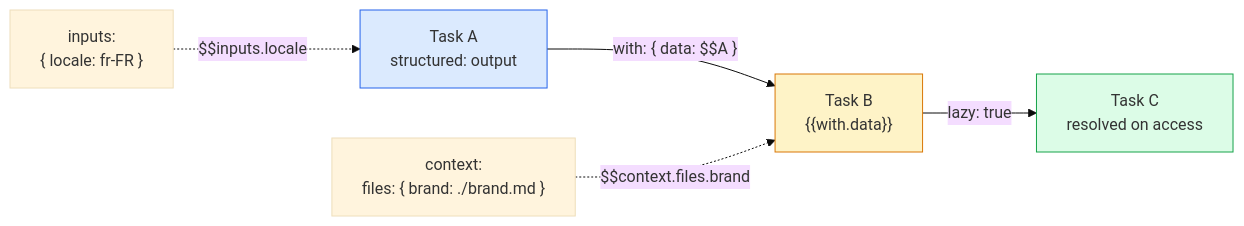
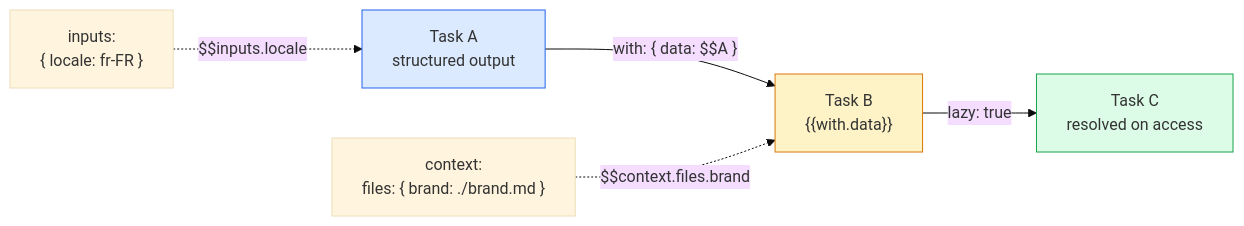
Before and after one commit to supernovae-st/nika: the third of 6 diagrams in tools/nika/docs/brainstorm/nika-evolution/01-current-features.md, drawn with Mermaid (base theme). The commit also changed other lines of this file and 35 other files, not shown here.

````diff
--- a/tools/nika/docs/brainstorm/nika-evolution/01-current-features.md
+++ b/tools/nika/docs/brainstorm/nika-evolution/01-current-features.md
@@ -145,12 +171,12 @@
 ```mermaid
 flowchart LR
-    A["Task A\nstructured: output"] -->|"with: { data: $$A }"| B["Task B\n{{with.data}}"]
+    A["Task A\nstructured output"] -->|"with: { data: $$A }"| B["Task B\n{{with.data}}"]
     B -->|"lazy: true"| C["Task C\nresolved on access"]
 
     CTX["context:\nfiles: { brand: ./brand.md }"] -.->|"$$context.files.brand"| B
     INP["inputs:\n{ locale: fr-FR }"] -.->|"$$inputs.locale"| A
 
     style A fill:#dbeafe,stroke:#2563eb
     style B fill:#fef3c7,stroke:#d97706
     style C fill:#dcfce7,stroke:#16a34a
 ```
````
